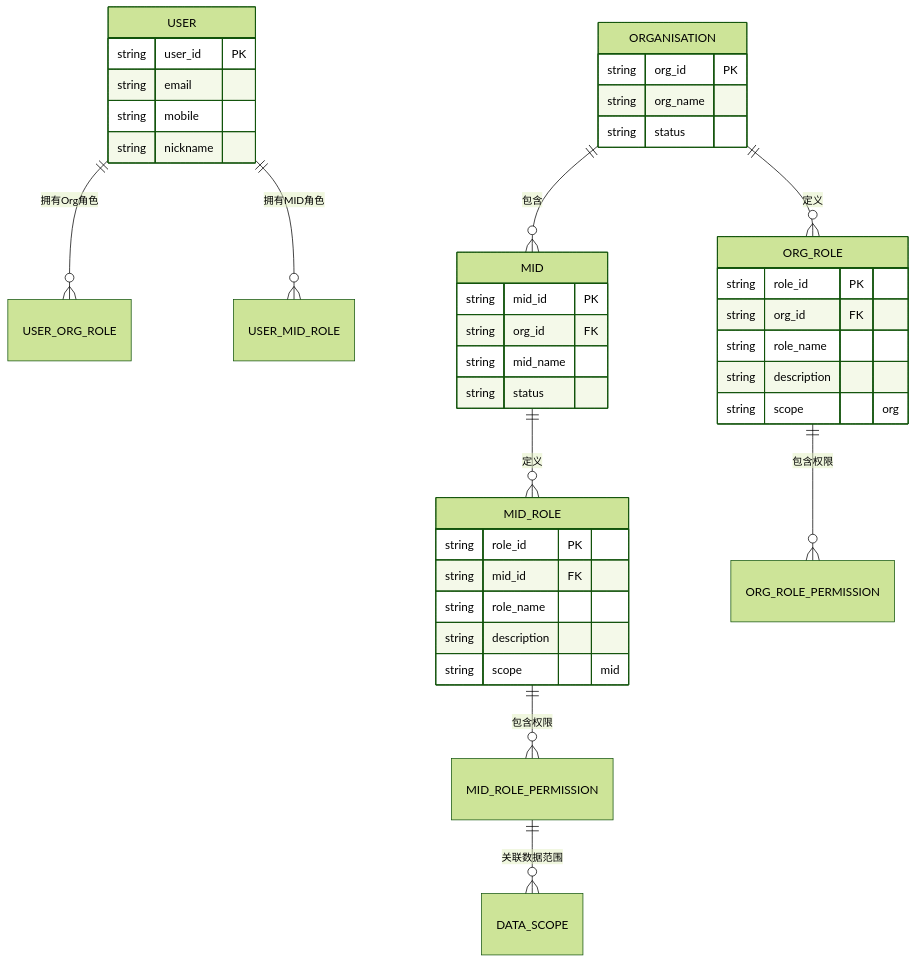
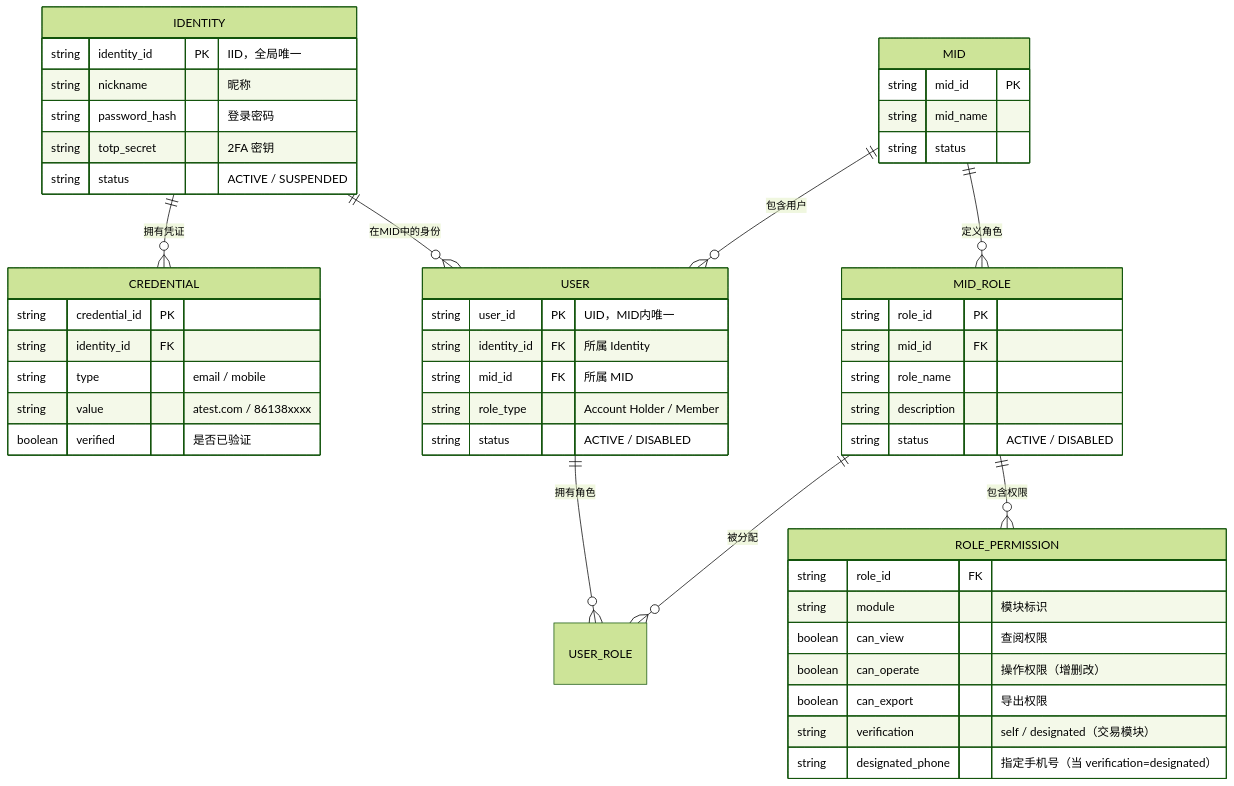
One commit to xiaoxiaoangie/EX-NEW changed the second of 13 diagrams in USERPERMISSIONS/prd/Users-Roles-Permissions.md. Above: the diagram before and after it, drawn with Mermaid (forest theme). The commit also changed other lines of this file and 30 other files, not shown here.

````diff
--- a/USERPERMISSIONS/prd/Users-Roles-Permissions.md
+++ b/USERPERMISSIONS/prd/Users-Roles-Permissions.md
@@ -85,43 +96,53 @@
 ```mermaid
 erDiagram
-    USER ||--o{ USER_ORG_ROLE : "拥有Org角色"
-    USER ||--o{ USER_MID_ROLE : "拥有MID角色"
-    ORGANISATION ||--o{ MID : "包含"
-    ORGANISATION ||--o{ ORG_ROLE : "定义"
-    MID ||--o{ MID_ROLE : "定义"
-    ORG_ROLE ||--o{ ORG_ROLE_PERMISSION : "包含权限"
-    MID_ROLE ||--o{ MID_ROLE_PERMISSION : "包含权限"
-    MID_ROLE_PERMISSION ||--o{ DATA_SCOPE : "关联数据范围"
+    IDENTITY ||--o{ CREDENTIAL : "拥有凭证"
+    IDENTITY ||--o{ USER : "在MID中的身份"
+    USER ||--o{ USER_ROLE : "拥有角色"
+    MID ||--o{ USER : "包含用户"
+    MID ||--o{ MID_ROLE : "定义角色"
+    MID_ROLE ||--o{ USER_ROLE : "被分配"
+    MID_ROLE ||--o{ ROLE_PERMISSION : "包含权限"
 
+    IDENTITY {
+        string identity_id PK "IID，全局唯一"
+        string nickname "昵称"
+        string password_hash "登录密码"
+        string totp_secret "2FA 密钥"
+        string status "ACTIVE / SUSPENDED"
+    }
+    CREDENTIAL {
+        string credential_id PK
+        string identity_id FK
+        string type "email / mobile"
+        string value "atest.com / 86138xxxx"
+        boolean verified "是否已验证"
+    }
     USER {
-        string user_id PK
-        string email
-        string mobile
-        string nickname
-    }
-    ORGANISATION {
-        string org_id PK
-        string org_name
-        string status
+        string user_id PK "UID，MID内唯一"
+        string identity_id FK "所属 Identity"
+        string mid_id FK "所属 MID"
+        string role_type "Account Holder / Member"
+        string status "ACTIVE / DISABLED"
     }
     MID {
         string mid_id PK
-        string org_id FK
         string mid_name
         string status
-    }
-    ORG_ROLE {
-        string role_id PK
-        string org_id FK
-        string role_name
-        string description
-        string scope "org"
     }
     MID_ROLE {
         string role_id PK
         string mid_id FK
         string role_name
         string description
-        string scope "mid"
+        string status "ACTIVE / DISABLED"
+    }
+    ROLE_PERMISSION {
+        string role_id FK
+        string module "模块标识"
+        boolean can_view "查阅权限"
+        boolean can_operate "操作权限（增删改）"
+        boolean can_export "导出权限"
+        string verification "self / designated（交易模块）"
+        string designated_phone "指定手机号（当 verification=designated）"
     }
 ```
````
